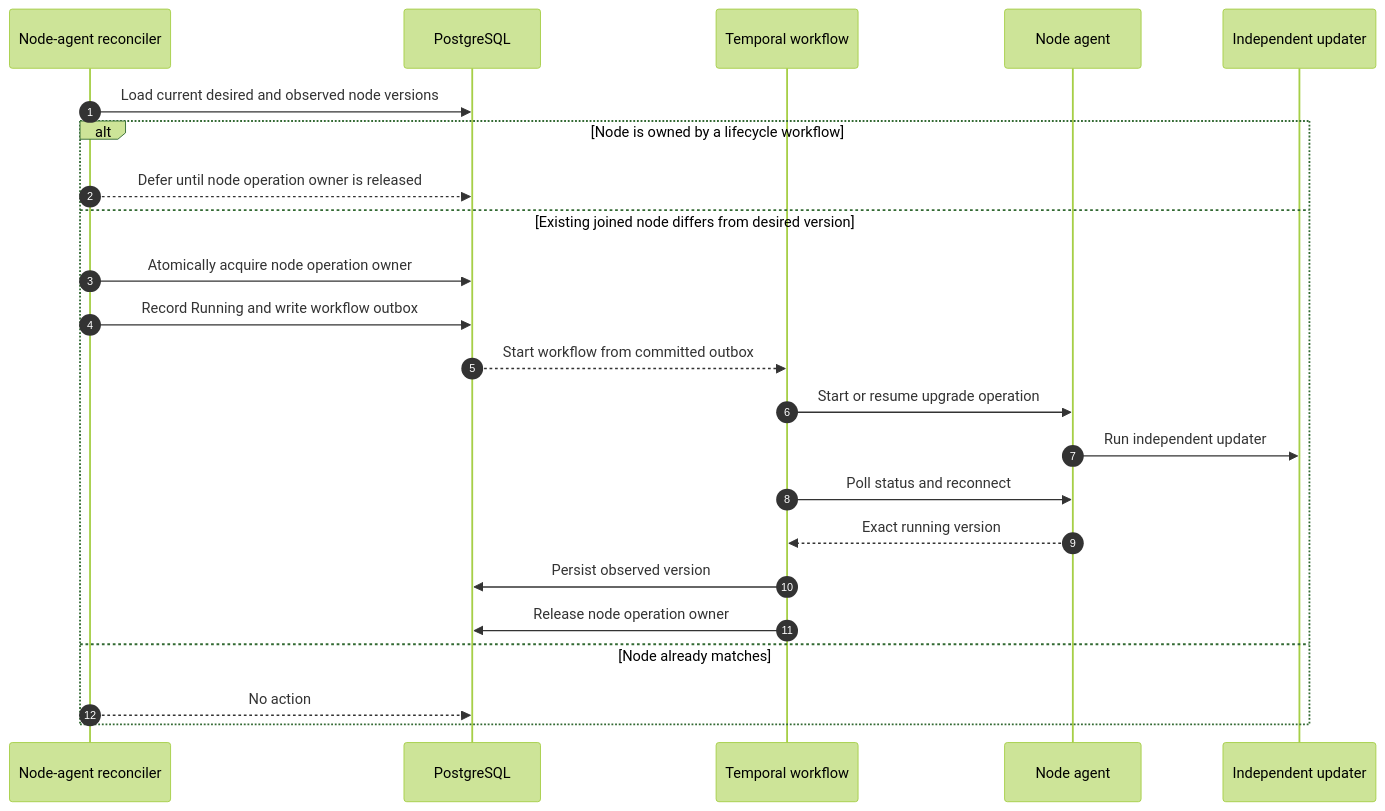
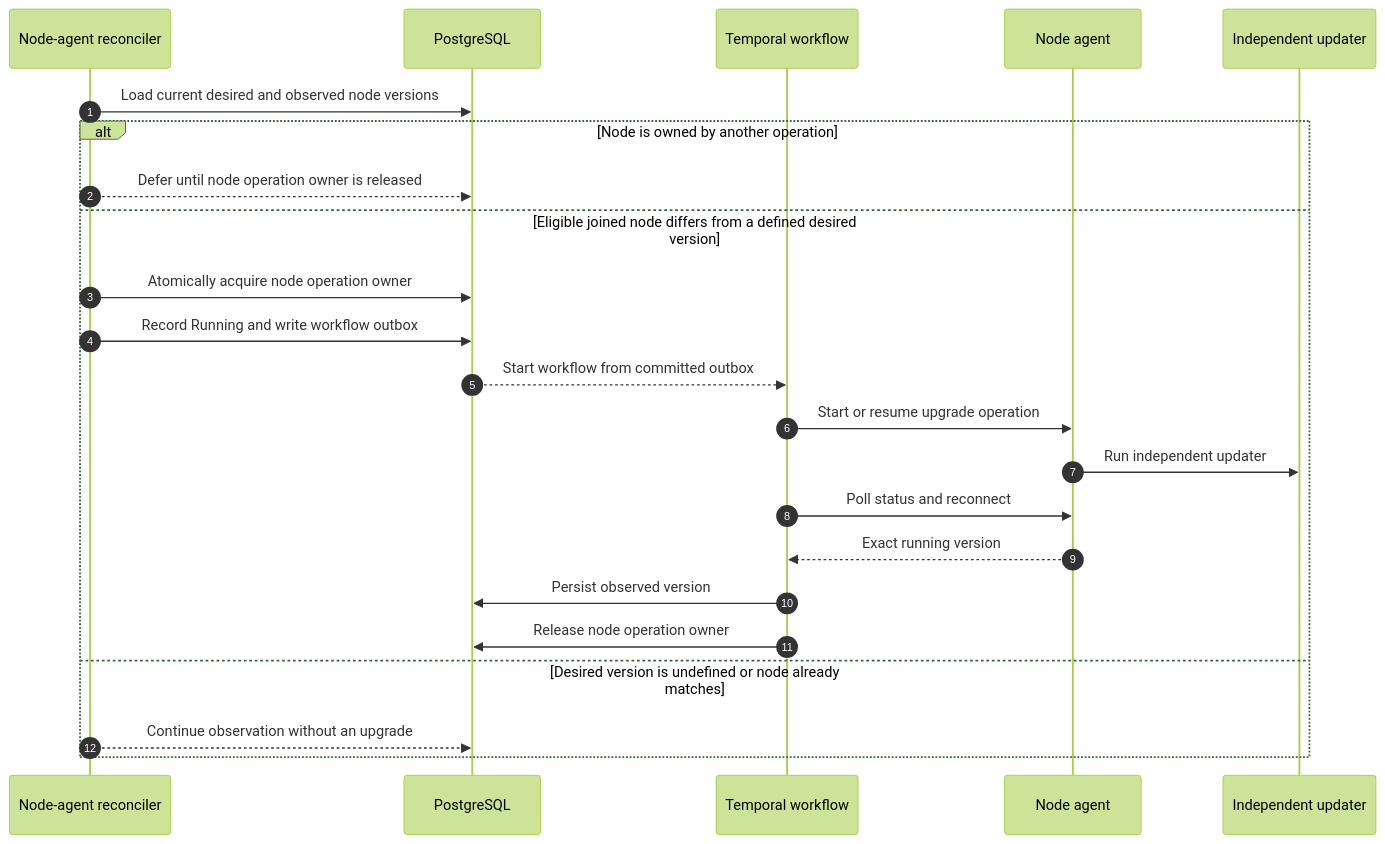
The second of 2 diagrams in agent/docs/in-place-update/controller-driven-desired-state-design.md (dsx-ai-factory/nvke), drawn with Mermaid (forest theme) before and after one commit. The commit also changed other lines of this file, not shown here.

Commit message:
docs(agent): clarify convergence and node ownership

````diff
--- a/agent/docs/in-place-update/controller-driven-desired-state-design.md
+++ b/agent/docs/in-place-update/controller-driven-desired-state-design.md
@@ -234,27 +215,27 @@
 ```mermaid
 sequenceDiagram
     autonumber
     participant Reconciler as Node-agent reconciler
     participant DB as PostgreSQL
     participant Temporal as Temporal workflow
     participant Agent as Node agent
     participant Updater as Independent updater
 
     Reconciler->>DB: Load current desired and observed node versions
 
-    alt Node is owned by a lifecycle workflow
+    alt Node is owned by another operation
         Reconciler-->>DB: Defer until node operation owner is released
-    else Existing joined node differs from desired version
+    else Eligible joined node differs from a defined desired version
         Reconciler->>DB: Atomically acquire node operation owner
         Reconciler->>DB: Record Running and write workflow outbox
         DB-->>Temporal: Start workflow from committed outbox
         Temporal->>Agent: Start or resume upgrade operation
         Agent->>Updater: Run independent updater
         Temporal->>Agent: Poll status and reconnect
         Agent-->>Temporal: Exact running version
         Temporal->>DB: Persist observed version
         Temporal->>DB: Release node operation owner
-    else Node already matches
-        Reconciler-->>DB: No action
+    else Desired version is undefined or node already matches
+        Reconciler-->>DB: Continue observation without an upgrade
     end
 ```
````
